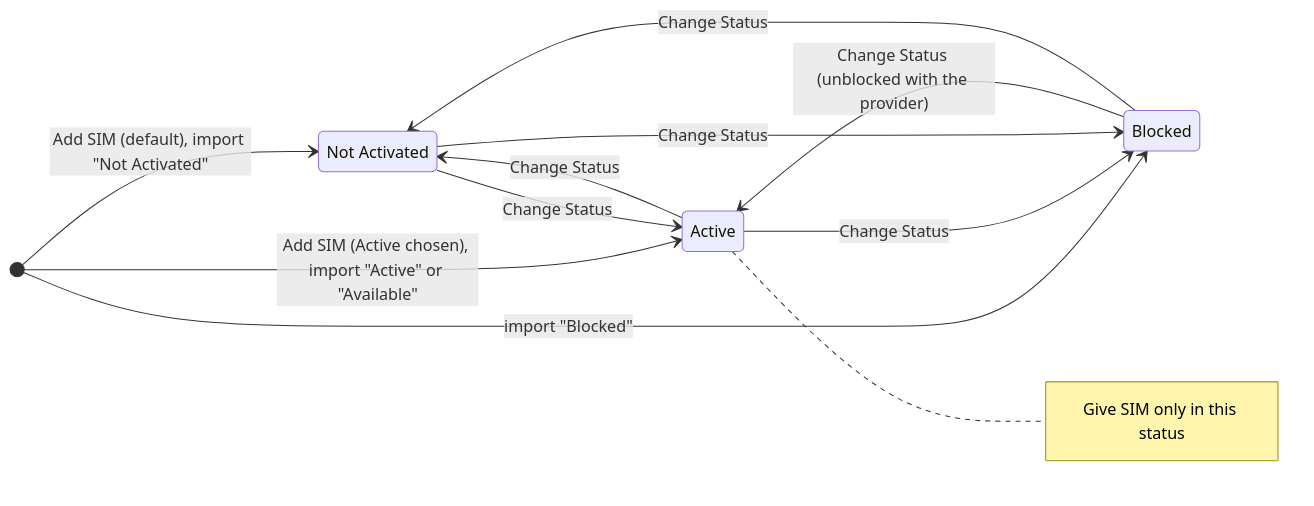
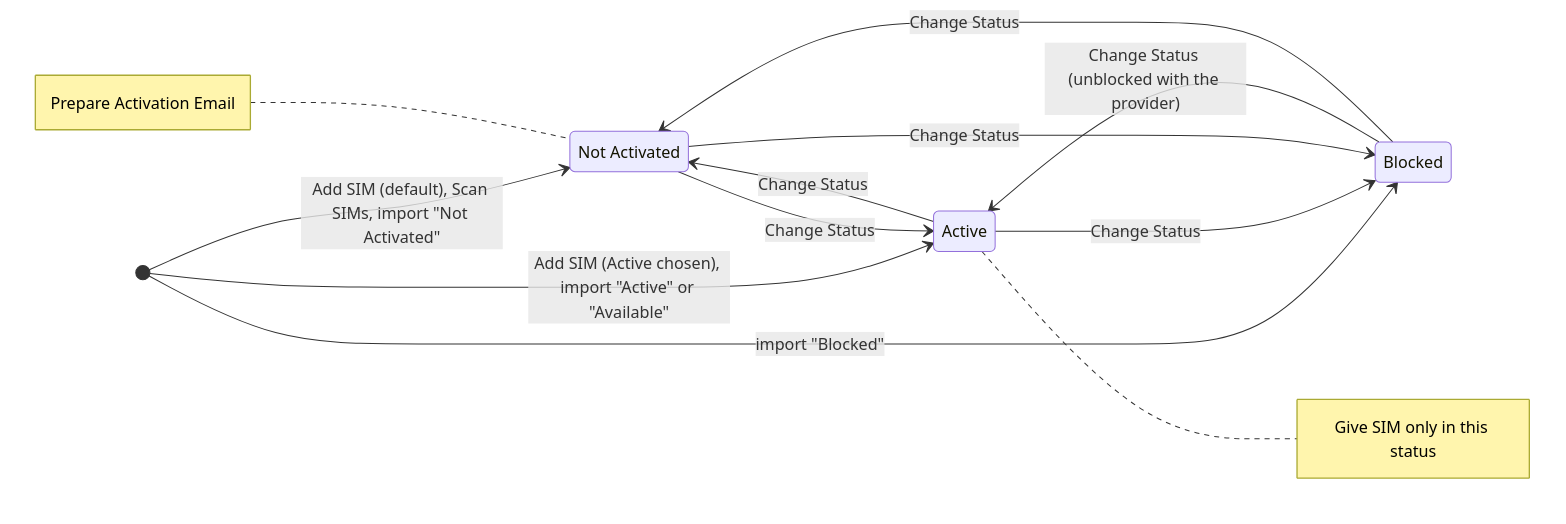
The first of 5 diagrams in docs/architecture/sim-card-state-machine.md (remisb/ppe-next2), drawn with Mermaid before and after one commit. The commit also changed other lines of this file and 3 other files, not shown here.

First line of the commit message:
Docs: SIM card state machine and ER diagram brought up to date

````diff
--- a/docs/architecture/sim-card-state-machine.md
+++ b/docs/architecture/sim-card-state-machine.md
@@ -16,17 +17,18 @@
 ```mermaid
 stateDiagram-v2
   direction LR
   state "Not Activated" as NOT_ACTIVATED
   state "Active" as ACTIVE
   state "Blocked" as BLOCKED
-  [*] --> NOT_ACTIVATED : Add SIM (default), import "Not Activated"
+  [*] --> NOT_ACTIVATED : Add SIM (default), Scan SIMs, import "Not Activated"
   [*] --> ACTIVE : Add SIM (Active chosen), import "Active" or "Available"
   [*] --> BLOCKED : import "Blocked"
   NOT_ACTIVATED --> ACTIVE : Change Status
   ACTIVE --> NOT_ACTIVATED : Change Status
   ACTIVE --> BLOCKED : Change Status
   BLOCKED --> ACTIVE : Change Status (unblocked with the provider)
   NOT_ACTIVATED --> BLOCKED : Change Status
   BLOCKED --> NOT_ACTIVATED : Change Status
   note right of ACTIVE : Give SIM only in this status
+  note left of NOT_ACTIVATED : Prepare Activation Email
 ```
````
